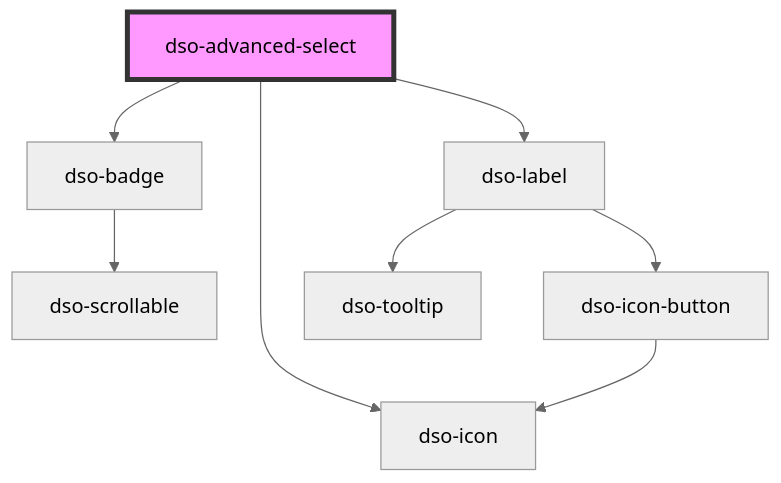
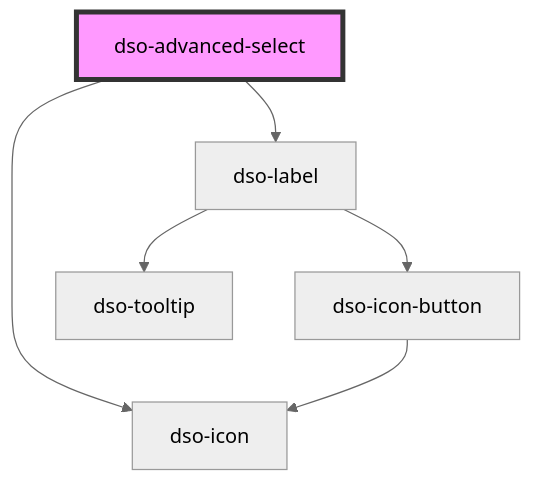
Before and after one commit to dso-toolkit/dso-toolkit: the diagram in packages/core/src/components/advanced-select/readme.md, drawn with Mermaid (neutral theme). The commit also changed other lines of this file and 9 other files, not shown here.

Commit message:
#3302 [Changed] Advanced Select: Notificaties indicatoren (Badges) verwijderen

````diff
--- a/packages/core/src/components/advanced-select/readme.md
+++ b/packages/core/src/components/advanced-select/readme.md
@@ -34,11 +33,9 @@
 ```mermaid
 graph TD;
-  dso-advanced-select --> dso-badge
   dso-advanced-select --> dso-icon
   dso-advanced-select --> dso-label
-  dso-badge --> dso-scrollable
   dso-label --> dso-icon-button
   dso-label --> dso-tooltip
   dso-icon-button --> dso-icon
   style dso-advanced-select fill:#f9f,stroke:#333,stroke-width:4px
 ```
````
